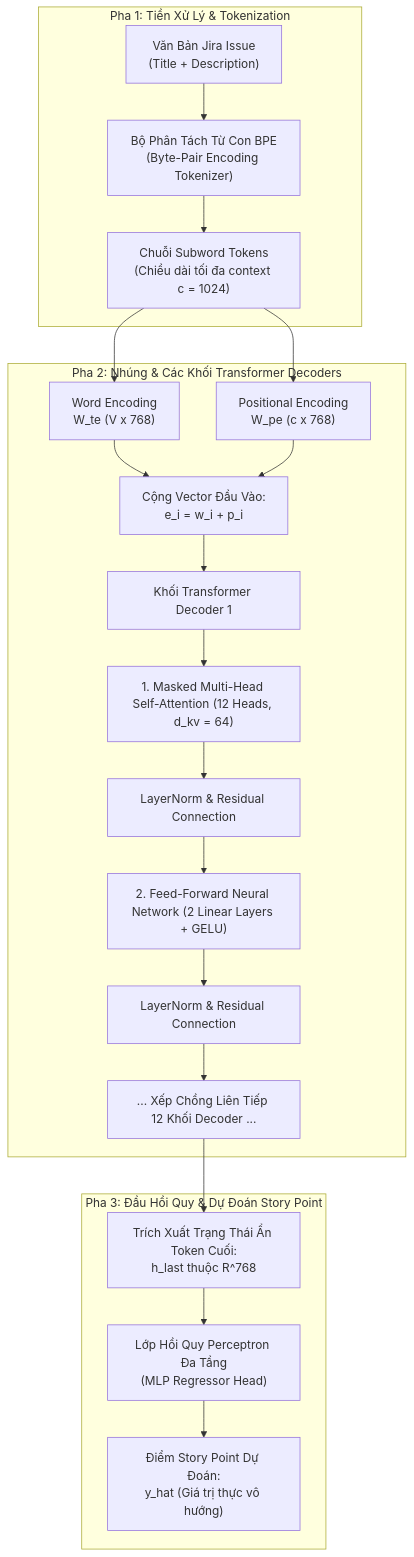
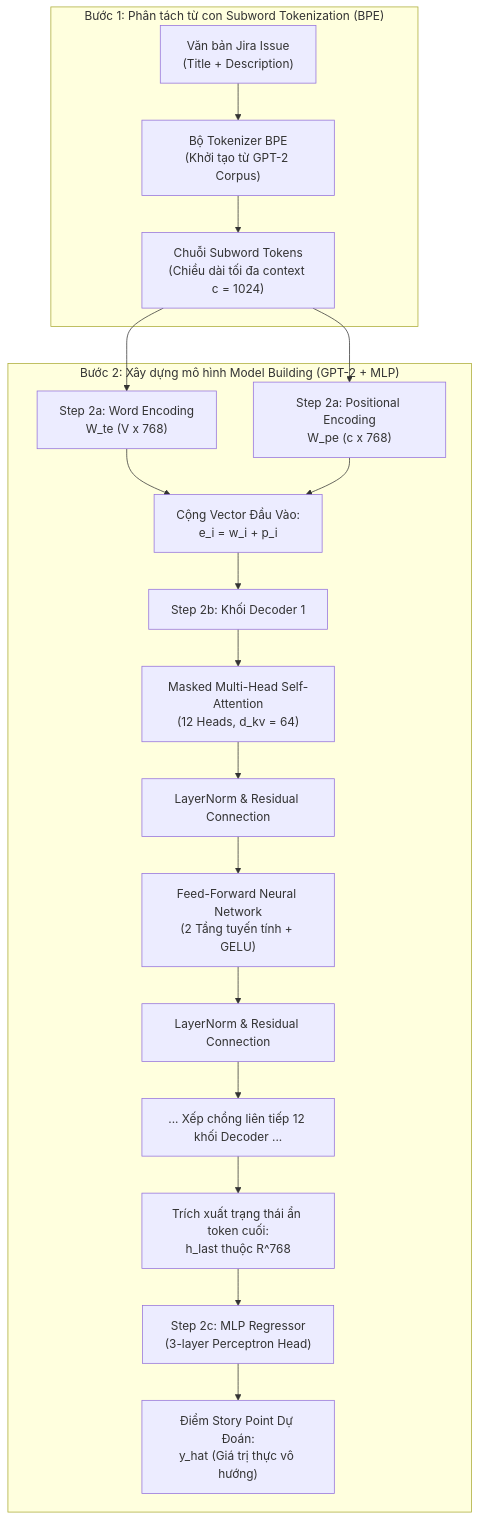
One commit to snowflake-vibing/NCKH_Johnny_Snowflake changed the diagram in docs/articles/paper-information/explanation/03_the_gpt2sp_architecture.md. Above: the diagram before and after it, drawn with Mermaid. The commit also changed other lines of this file, not shown here.

Commit message:
docs(explanation): tai cau truc 03_the_gpt2sp_architecture.md theo dung trinh tu Section 3 cua bai bao

````diff
--- a/docs/articles/paper-information/explanation/03_the_gpt2sp_architecture.md
+++ b/docs/articles/paper-information/explanation/03_the_gpt2sp_architecture.md
@@ -16,26 +16,23 @@
 ```mermaid
 flowchart TD
-    subgraph P1["Pha 1: Tiền Xử Lý & Tokenization"]
-        Raw["Văn Bản Jira Issue<br/>(Title + Description)"] --> BPE["Bộ Phân Tách Từ Con BPE<br/>(Byte-Pair Encoding Tokenizer)"]
+    subgraph P1["Bước 1: Phân tách từ con Subword Tokenization (BPE)"]
+        Raw["Văn bản Jira Issue<br/>(Title + Description)"] --> BPE["Bộ Tokenizer BPE<br/>(Khởi tạo từ GPT-2 Corpus)"]
         BPE --> Subwords["Chuỗi Subword Tokens<br/>(Chiều dài tối đa context c = 1024)"]
     end
 
-    subgraph P2["Pha 2: Nhúng & Các Khối Transformer Decoders"]
-        Subwords --> WE["Word Encoding<br/>W_te (V x 768)"]
-        Subwords --> PE["Positional Encoding<br/>W_pe (c x 768)"]
+    subgraph P2["Bước 2: Xây dựng mô hình Model Building (GPT-2 + MLP)"]
+        Subwords --> WE["Step 2a: Word Encoding<br/>W_te (V x 768)"]
+        Subwords --> PE["Step 2a: Positional Encoding<br/>W_pe (c x 768)"]
         WE --> Add["Cộng Vector Đầu Vào:<br/>e_i = w_i + p_i"]
         PE --> Add
-        Add --> Block1["Khối Transformer Decoder 1"]
-        Block1 --> Attn["1. Masked Multi-Head Self-Attention (12 Heads, d_kv = 64)"]
+        Add --> Block1["Step 2b: Khối Decoder 1"]
+        Block1 --> Attn["Masked Multi-Head Self-Attention<br/>(12 Heads, d_kv = 64)"]
         Attn --> LN1["LayerNorm & Residual Connection"]
-        LN1 --> FFN["2. Feed-Forward Neural Network (2 Linear Layers + GELU)"]
+        LN1 --> FFN["Feed-Forward Neural Network<br/>(2 Tầng tuyến tính + GELU)"]
         FFN --> LN2["LayerNorm & Residual Connection"]
-        LN2 --> Stack["... Xếp Chồng Liên Tiếp 12 Khối Decoder ..."]
-    end
-
-    subgraph P3["Pha 3: Đầu Hồi Quy & Dự Đoán Story Point"]
-        Stack --> LastToken["Trích Xuất Trạng Thái Ẩn Token Cuối:<br/>h_last thuộc R^768"]
-        LastToken --> MLP["Lớp Hồi Quy Perceptron Đa Tầng<br/>(MLP Regressor Head)"]
+        LN2 --> Stack["... Xếp chồng liên tiếp 12 khối Decoder ..."]
+        Stack --> LastToken["Trích xuất trạng thái ẩn token cuối:<br/>h_last thuộc R^768"]
+        LastToken --> MLP["Step 2c: MLP Regressor<br/>(3-layer Perceptron Head)"]
         MLP --> Output["Điểm Story Point Dự Đoán:<br/>y_hat (Giá trị thực vô hướng)"]
     end
 ```
````
